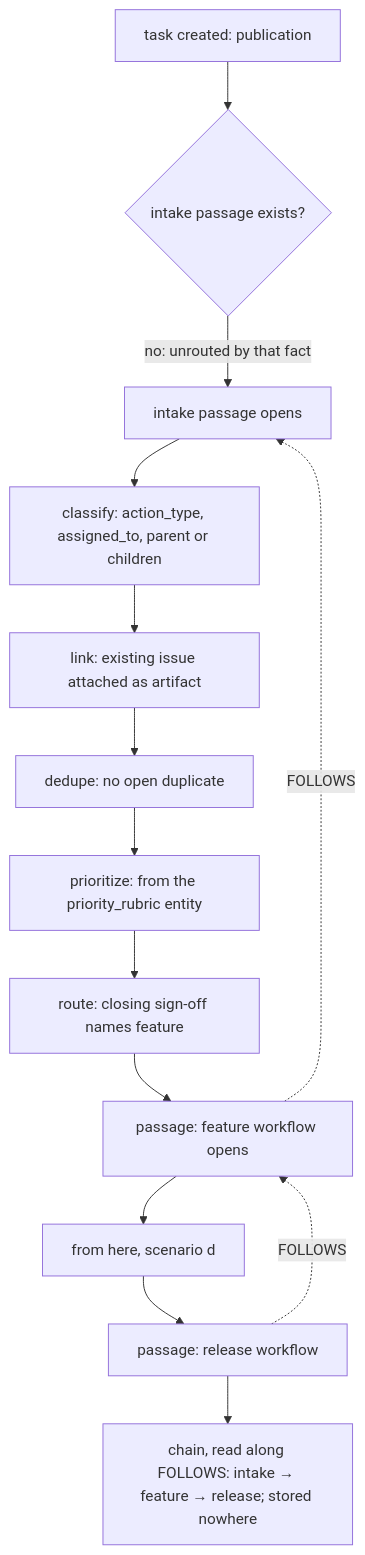
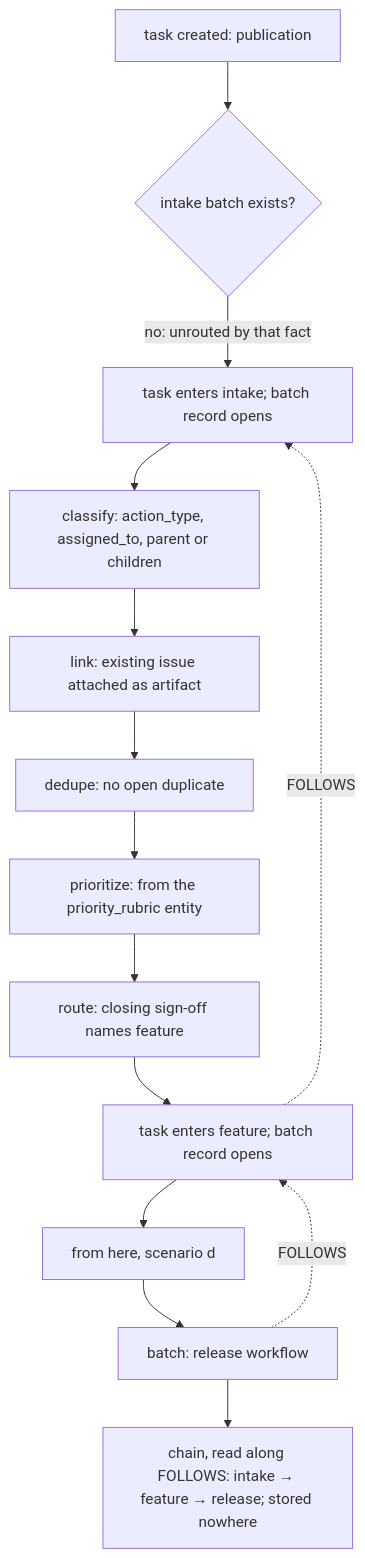
One commit to markmhendrickson/ateles changed the sixth of 6 diagrams in docs/foundation/scenarios_extended.md. Above: the diagram before and after it, drawn with Mermaid. The commit also changed other lines of this file and 15 other files, not shown here.

````diff
--- a/docs/foundation/scenarios_extended.md
+++ b/docs/foundation/scenarios_extended.md
@@ -175,16 +181,16 @@
 ```mermaid
 flowchart TD
-    C[task created: publication] --> U{intake passage exists?}
-    U -->|no: unrouted by that fact| I[intake passage opens]
+    C[task created: publication] --> U{intake batch exists?}
+    U -->|no: unrouted by that fact| I[task enters intake; batch record opens]
     I --> S1[classify: action_type, assigned_to, parent or children]
     S1 --> S2[link: existing issue attached as artifact]
     S2 --> S3[dedupe: no open duplicate]
     S3 --> S4[prioritize: from the priority_rubric entity]
     S4 --> S5[route: closing sign-off names feature]
-    S5 --> F[passage: feature workflow opens]
+    S5 --> F[task enters feature; batch record opens]
     F -.->|FOLLOWS| I
     F --> D[from here, scenario d]
-    D --> R[passage: release workflow]
+    D --> R[batch: release workflow]
     R -.->|FOLLOWS| F
     R --> CH[chain, read along FOLLOWS: intake → feature → release; stored nowhere]
 ```
````
